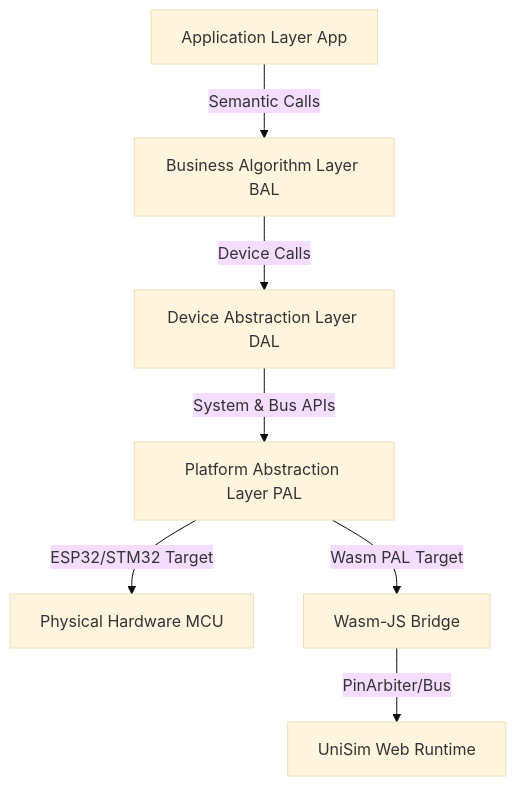
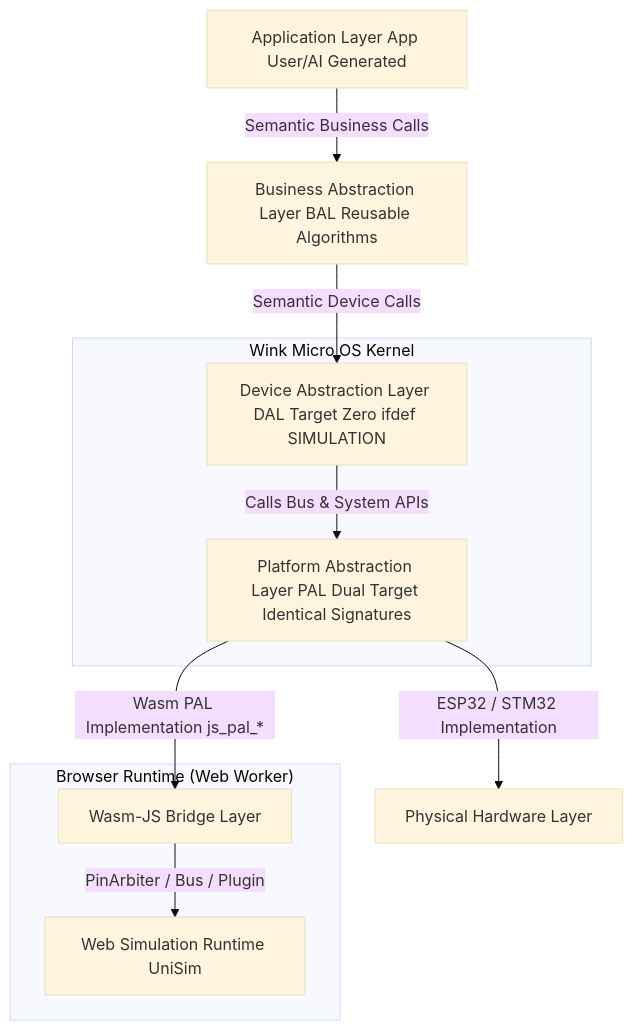
One commit to ailuhaosi/wink-ai-embedded changed the diagram in docs/en/design/02-wink-micro-os/01-dal-device-abstraction.md. Above: the diagram before and after it, drawn with Mermaid (base theme). The commit also changed other lines of this file and 77 other files, not shown here.

````diff
--- a/docs/en/design/02-wink-micro-os/01-dal-device-abstraction.md
+++ b/docs/en/design/02-wink-micro-os/01-dal-device-abstraction.md
@@ -29,9 +54,18 @@
 ```mermaid
 graph TD
-    App[Application Layer App] -->|Semantic Calls| BAL[Business Algorithm Layer BAL]
-    BAL -->|Device Calls| DAL[Device Abstraction Layer DAL]
-    DAL -->|System & Bus APIs| PAL[Platform Abstraction Layer PAL]
-    PAL -->|ESP32/STM32 Target| HW[Physical Hardware MCU]
-    PAL -->|Wasm PAL Target| WasmBridge[Wasm-JS Bridge]
-    WasmBridge -->|PinArbiter/Bus| WebSim[UniSim Web Runtime]
+    App[Application Layer App User/AI Generated] -->|Semantic Business Calls| BAL
+    BAL[Business Abstraction Layer BAL Reusable Algorithms] -->|Semantic Device Calls| DAL
+    
+    subgraph "Wink Micro OS Kernel"
+        DAL[Device Abstraction Layer DAL Target Zero ifdef SIMULATION] -->|Calls Bus & System APIs| PAL[Platform Abstraction Layer PAL Dual Target Identical Signatures]
+    end
+    
+    PAL -->|ESP32 / STM32 Implementation| HW[Physical Hardware Layer]
+    PAL -->|Wasm PAL Implementation js_pal_*| WasmBridge[Wasm-JS Bridge Layer]
+    WasmBridge -->|PinArbiter / Bus / Plugin| WebSim[Web Simulation Runtime UniSim]
+    
+    subgraph "Browser Runtime (Web Worker)"
+        WasmBridge
+        WebSim
+    end
 ```
````
